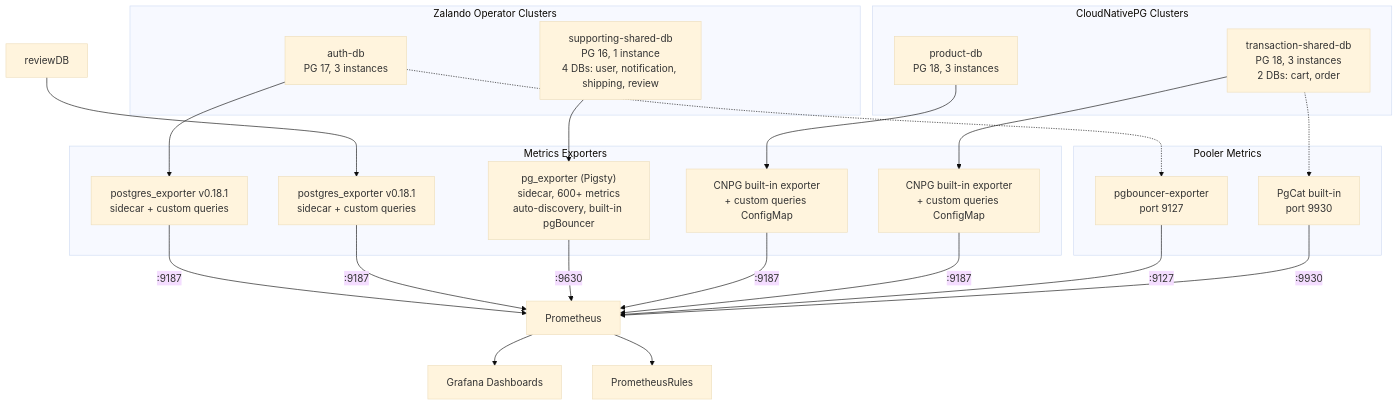
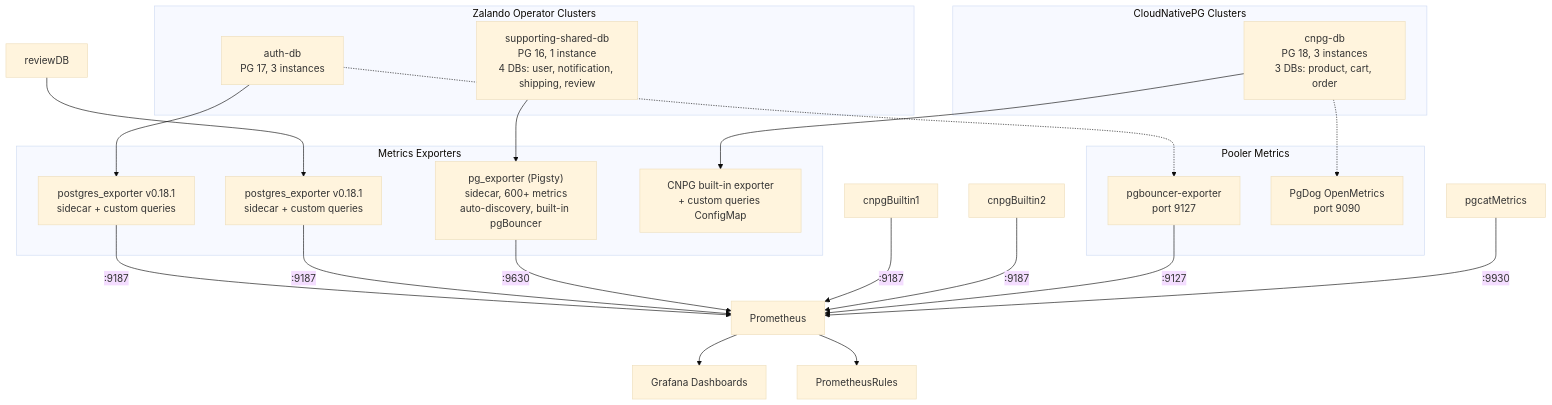
One commit to duynhlab/homelab changed the diagram in docs/observability/metrics/postgresql/monitoring.md. Above: the diagram before and after it, drawn with Mermaid (base theme). The commit also changed other lines of this file and 110 other files, not shown here.

````diff
--- a/docs/observability/metrics/postgresql/monitoring.md
+++ b/docs/observability/metrics/postgresql/monitoring.md
@@ -5,45 +5,42 @@
 ```mermaid
 flowchart TD
     subgraph zalando [Zalando Operator Clusters]
         authDB["auth-db<br/>PG 17, 3 instances"]
         supportDB["supporting-shared-db<br/>PG 16, 1 instance<br/>4 DBs: user, notification, shipping, review"]
     end
 
     subgraph cnpg [CloudNativePG Clusters]
-        productDB["product-db<br/>PG 18, 3 instances"]
-        transDB["transaction-shared-db<br/>PG 18, 3 instances<br/>2 DBs: cart, order"]
+        cnpgDB["cnpg-db<br/>PG 18, 3 instances<br/>3 DBs: product, cart, order"]
     end
 
     subgraph exporters [Metrics Exporters]
         pgExp1["postgres_exporter v0.18.1<br/>sidecar + custom queries"]
         pgExp2["postgres_exporter v0.18.1<br/>sidecar + custom queries"]
         pigsty["pg_exporter (Pigsty)<br/>sidecar, 600+ metrics<br/>auto-discovery, built-in pgBouncer"]
-        cnpgBuiltin1["CNPG built-in exporter<br/>+ custom queries ConfigMap"]
-        cnpgBuiltin2["CNPG built-in exporter<br/>+ custom queries ConfigMap"]
+        cnpgBuiltin["CNPG built-in exporter<br/>+ custom queries ConfigMap"]
     end
 
     authDB --> pgExp1
     reviewDB --> pgExp2
     supportDB --> pigsty
-    productDB --> cnpgBuiltin1
-    transDB --> cnpgBuiltin2
+    cnpgDB --> cnpgBuiltin
 
     subgraph poolerMetrics [Pooler Metrics]
         pgbExporter["pgbouncer-exporter<br/>port 9127"]
-        pgcatMetrics["PgCat built-in<br/>port 9930"]
+        pgdogMetrics["PgDog OpenMetrics<br/>port 9090"]
     end
 
     authDB -.-> pgbExporter
-    transDB -.-> pgcatMetrics
+    cnpgDB -.-> pgdogMetrics
 
     pgExp1 -->|":9187"| prom["Prometheus"]
     pgExp2 -->|":9187"| prom
     pigsty -->|":9630"| prom
     cnpgBuiltin1 -->|":9187"| prom
     cnpgBuiltin2 -->|":9187"| prom
     pgbExporter -->|":9127"| prom
     pgcatMetrics -->|":9930"| prom
 
     prom --> grafana["Grafana Dashboards"]
     prom --> alertRules["PrometheusRules"]
 ```
````
